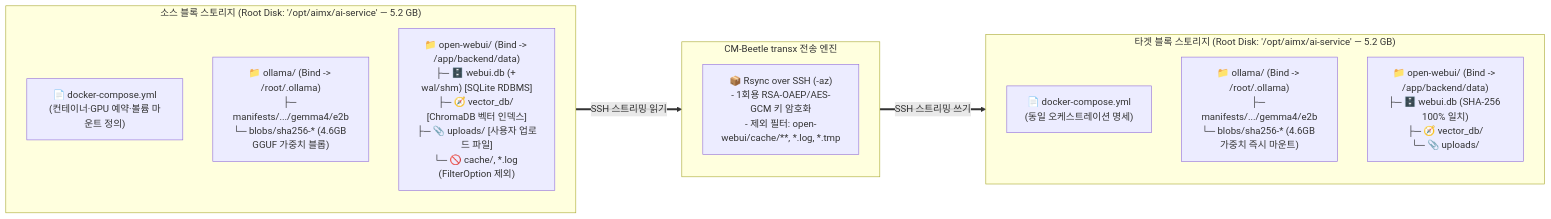
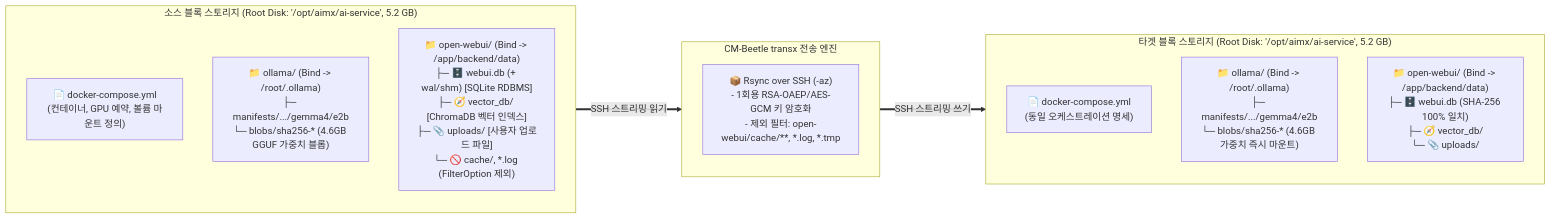
Diagram 13 of 15 in docs/poc/ai-service-migration-design.md (cloud-barista/cm-beetle), drawn with Mermaid before and after one commit. The commit also changed other lines of this file and 8 other files, not shown here.

````diff
--- a/docs/poc/ai-service-migration-design.md
+++ b/docs/poc/ai-service-migration-design.md
@@ -470,23 +470,23 @@
 ```mermaid
 flowchart LR
-    subgraph SrcDisk["소스 블록 스토리지 (Root Disk: '/opt/aimx/ai-service' — 5.2 GB)"]
+    subgraph SrcDisk["소스 블록 스토리지 (Root Disk: '/opt/aimx/ai-service', 5.2 GB)"]
         direction TB
-        S_YML["📄 docker-compose.yml\n(컨테이너·GPU 예약·볼륨 마운트 정의)"]
+        S_YML["📄 docker-compose.yml\n(컨테이너, GPU 예약, 볼륨 마운트 정의)"]
         S_O["📁 ollama/ (Bind -> /root/.ollama)\n├─ manifests/.../gemma4/e2b\n└─ blobs/sha256-* (4.6GB GGUF 가중치 블롭)"]
         S_W["📁 open-webui/ (Bind -> /app/backend/data)\n├─ 🗄️ webui.db (+ wal/shm) [SQLite RDBMS]\n├─ 🧭 vector_db/ [ChromaDB 벡터 인덱스]\n├─ 📎 uploads/ [사용자 업로드 파일]\n└─ 🚫 cache/, *.log (FilterOption 제외)"]
     end
 
     subgraph Transx["CM-Beetle transx 전송 엔진"]
         direction TB
         TX["📦 Rsync over SSH (-az)\n- 1회용 RSA-OAEP/AES-GCM 키 암호화\n- 제외 필터: open-webui/cache/**, *.log, *.tmp"]
     end
 
-    subgraph TgtDisk["타겟 블록 스토리지 (Root Disk: '/opt/aimx/ai-service' — 5.2 GB)"]
+    subgraph TgtDisk["타겟 블록 스토리지 (Root Disk: '/opt/aimx/ai-service', 5.2 GB)"]
         direction TB
         D_YML["📄 docker-compose.yml\n(동일 오케스트레이션 명세)"]
         D_O["📁 ollama/ (Bind -> /root/.ollama)\n├─ manifests/.../gemma4/e2b\n└─ blobs/sha256-* (4.6GB 가중치 즉시 마운트)"]
         D_W["📁 open-webui/ (Bind -> /app/backend/data)\n├─ 🗄️ webui.db (SHA-256 100% 일치)\n├─ 🧭 vector_db/\n└─ 📎 uploads/"]
     end
 
     SrcDisk ==>|"SSH 스트리밍 읽기"| Transx ==>|"SSH 스트리밍 쓰기"| TgtDisk
 ```
````
